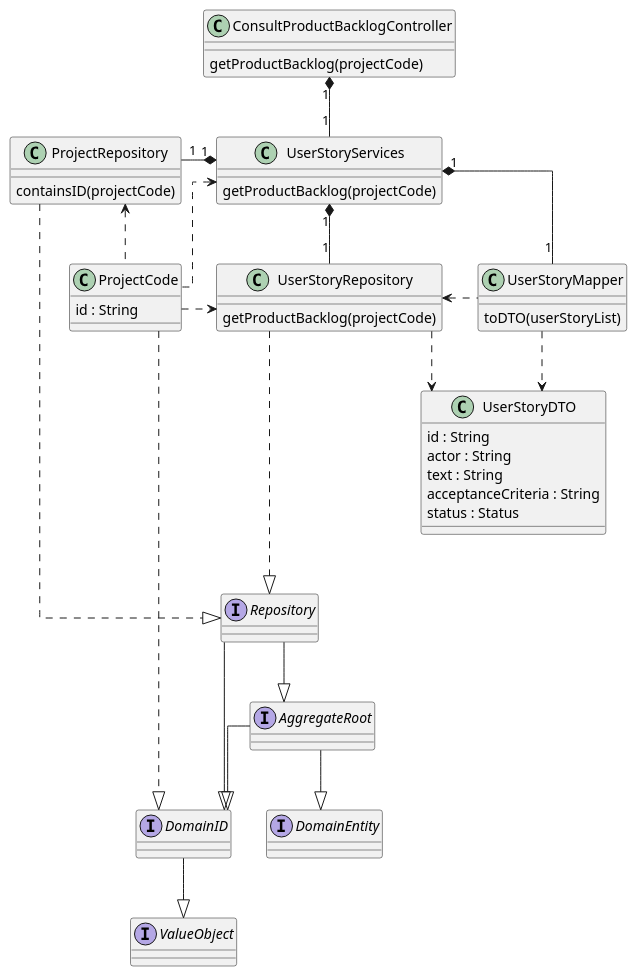
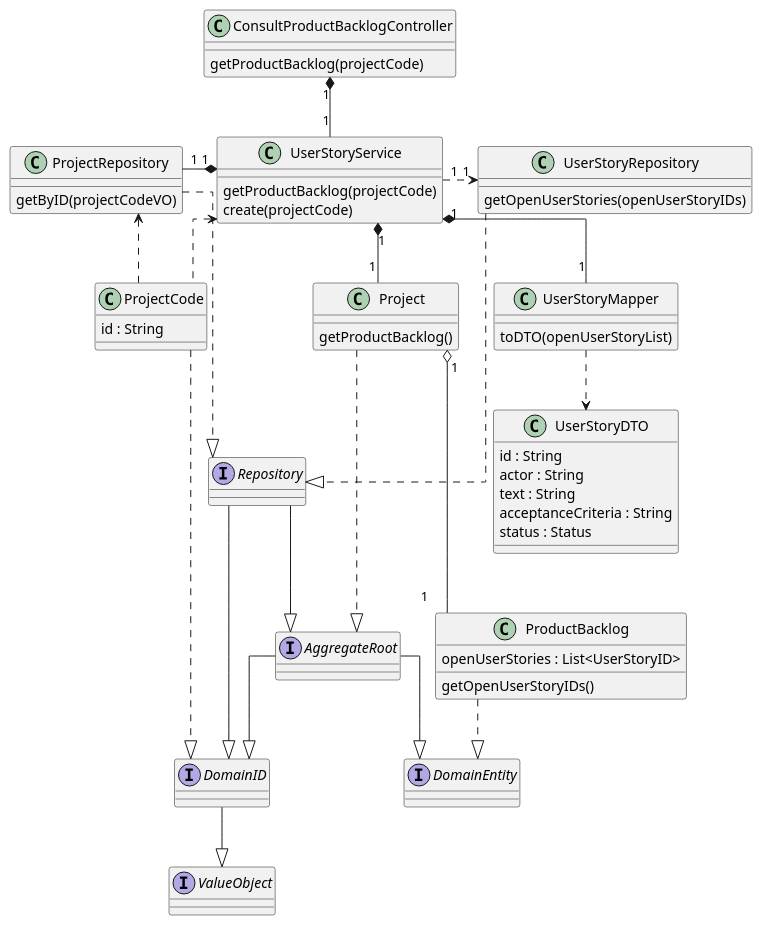
One commit to ivo-menezes/project_g3 changed the diagram in docs/modelling_design/user_stories/us018/US018_ConsultProductBacklogCD.puml. Above: the diagram before and after it, drawn with PlantUML.

Commit message:
US018:Design:Update DDD ConsultProductBacklogCD(resolved #78)

```diff
--- a/docs/modelling_design/user_stories/us018/US018_ConsultProductBacklogCD.puml
+++ b/docs/modelling_design/user_stories/us018/US018_ConsultProductBacklogCD.puml
@@ -1,74 +1,81 @@
 @startuml
 skinparam linetype ortho
 
 class ConsultProductBacklogController {
 getProductBacklog(projectCode)
 }
 
-class UserStoryServices {
+class UserStoryService {
 getProductBacklog(projectCode)
+create(projectCode)
+}
+
+class UserStoryRepository {
+getOpenUserStories(openUserStoryIDs)
 }
 
 class ProjectRepository {
-containsID(projectCode)
+getByID(projectCodeVO)
+}
+
+class Project{
+getProductBacklog()
+}
+
+class ProductBacklog {
+openUserStories : List<UserStoryID>
+getOpenUserStoryIDs()
 }
 
 class ProjectCode {
 id : String
 }
 
-class UserStoryRepository {
-getProductBacklog(projectCode)
-}
-
 class UserStoryMapper{
-toDTO(userStoryList)
+toDTO(openUserStoryList)
 }
 
 class UserStoryDTO {
 id : String
 actor : String
 text : String
 acceptanceCriteria : String
 status : Status
 }
 
 interface ValueObject {
 }
 
 interface DomainID {
 }
 
 interface Repository {
 }
 
 interface AggregateRoot {
 }
 
 interface DomainEntity {
 }
 
-ConsultProductBacklogController "1" *-- "1" UserStoryServices
-UserStoryServices "1" *-left- "1" ProjectRepository
-UserStoryServices "1" *-- "1" UserStoryMapper
-UserStoryServices "1" *-- "1" UserStoryRepository
+ConsultProductBacklogController "1" *-- "1" UserStoryService
+UserStoryService "1" *-left- "1" ProjectRepository
+UserStoryService "1" *-- "1" UserStoryMapper
+Project "1" o-- "1" ProductBacklog
+UserStoryService "1" *-- "1" Project
 UserStoryMapper ..> UserStoryDTO
-UserStoryMapper .left.> UserStoryRepository
-UserStoryRepository ..> UserStoryDTO
+UserStoryService "1" .right.> "1" UserStoryRepository
+UserStoryRepository -..|> Repository
 ProjectCode .up.> ProjectRepository
-ProjectCode .up.> UserStoryServices
-ProjectCode .right.> UserStoryRepository
-
-UserStoryRepository -..|> Repository
+ProjectCode .up.> UserStoryService
 ProjectRepository -..|> Repository
 ProjectCode -.down.|> DomainID
-
+Project -..|> AggregateRoot
 DomainID --|> ValueObject
-
+ProductBacklog ..|> DomainEntity
 Repository --|> DomainID
 Repository --|> AggregateRoot
-
 AggregateRoot --|> DomainID
 AggregateRoot --|> DomainEntity
 
 @enduml
```
